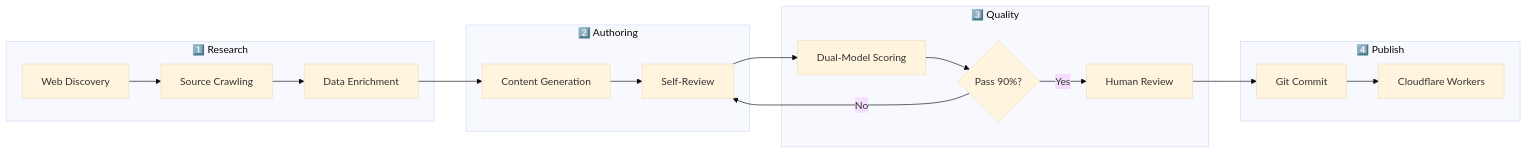
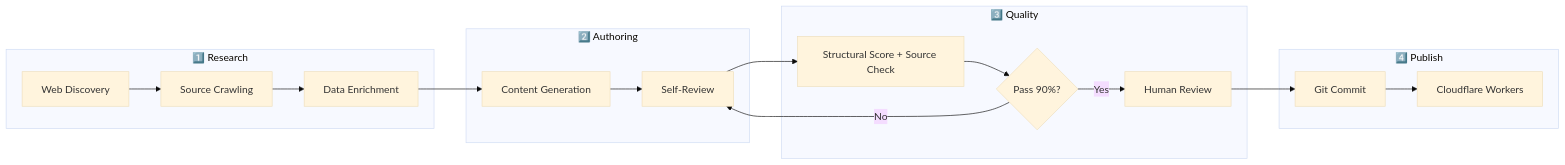
The first of 2 diagrams in README.md (d4rkwyng/sierravault), drawn with Mermaid (base theme) before and after one commit. The commit also changed other lines of this file and 5 other files, not shown here.

First line of the commit message:
docs: retire ChatGPT dual scoring; structural score + source verification

````diff
--- a/README.md
+++ b/README.md
@@ -108,24 +108,24 @@
 ```mermaid
 flowchart LR
     subgraph Research["1️⃣ Research"]
         A[Web Discovery] --> B[Source Crawling]
         B --> C[Data Enrichment]
     end
     
     subgraph Author["2️⃣ Authoring"]
         C --> D[Content Generation]
         D --> E[Self-Review]
     end
     
     subgraph Quality["3️⃣ Quality"]
-        E --> F[Dual-Model Scoring]
+        E --> F[Structural Score + Source Check]
         F --> G{Pass 90%?}
         G -->|No| E
         G -->|Yes| H[Human Review]
     end
     
     subgraph Publish["4️⃣ Publish"]
         H --> I[Git Commit]
         I --> J[Cloudflare Workers]
     end
 ```
````
